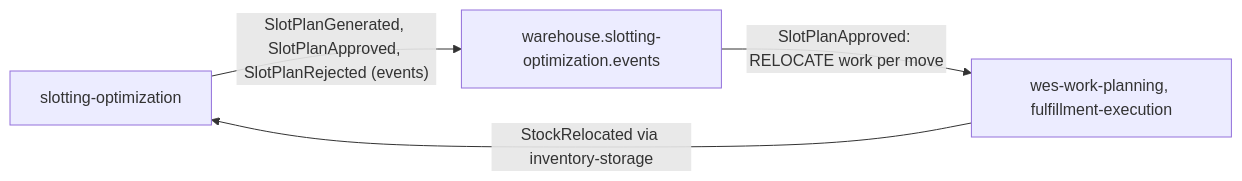
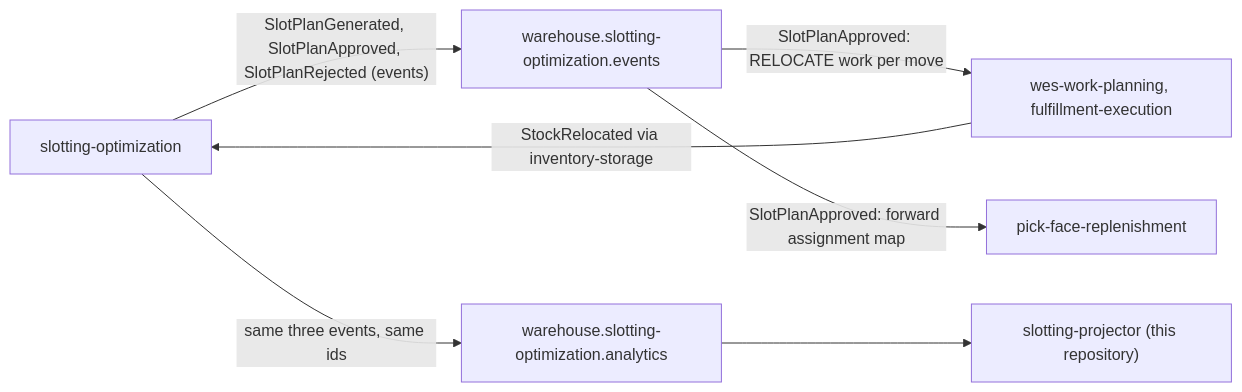
The fourth of 4 diagrams in docs/docs/ddd/bounded-context-canvas.md (IQVO/slotting-optimization), drawn with Mermaid before and after one commit. The commit also changed other lines of this file, not shown here.

````diff
--- a/docs/docs/ddd/bounded-context-canvas.md
+++ b/docs/docs/ddd/bounded-context-canvas.md
@@ -146,6 +163,9 @@
 ```mermaid
 flowchart LR
     so["slotting-optimization"] -->|"SlotPlanGenerated, SlotPlanApproved, SlotPlanRejected (events)"| topic["warehouse.slotting-optimization.events"]
+    so -->|"same three events, same ids"| atopic["warehouse.slotting-optimization.analytics"]
     topic -->|"SlotPlanApproved: RELOCATE work per move"| exec["wes-work-planning, fulfillment-execution"]
+    topic -->|"SlotPlanApproved: forward assignment map"| pfr["pick-face-replenishment"]
+    atopic --> proj["slotting-projector (this repository)"]
     exec -->|"StockRelocated via inventory-storage"| so
 ```
````
